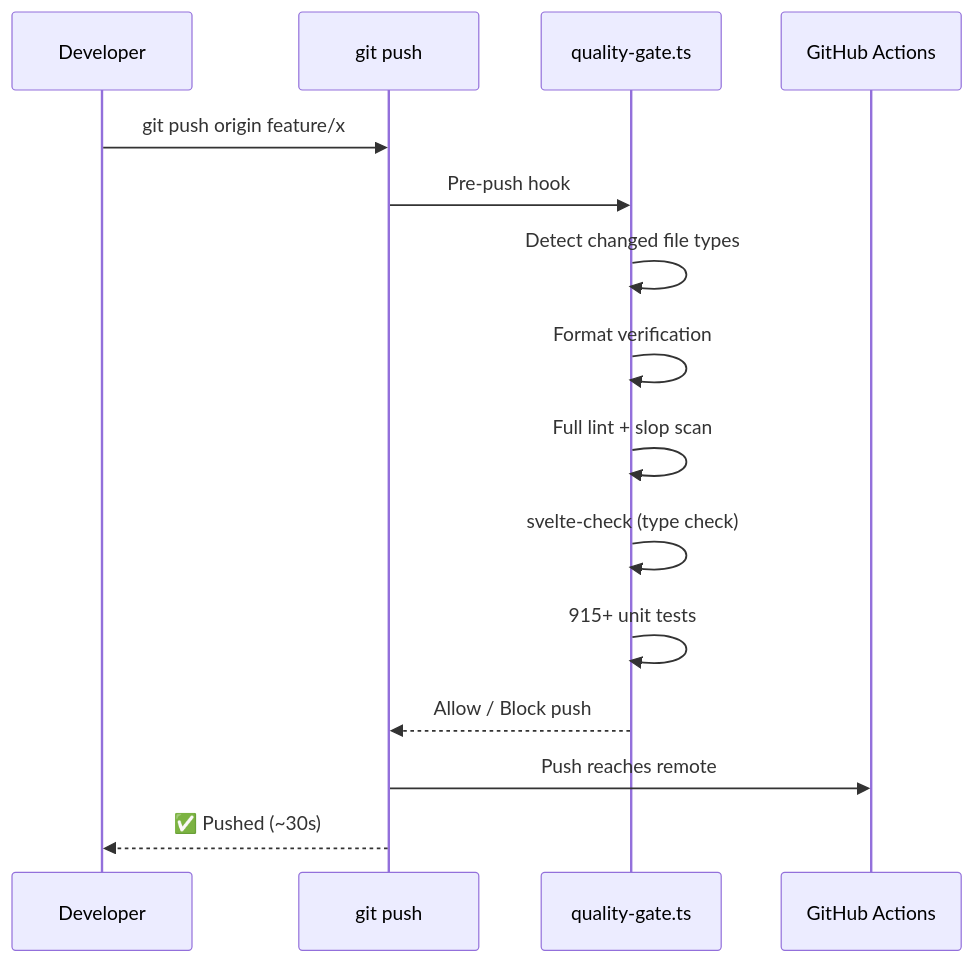
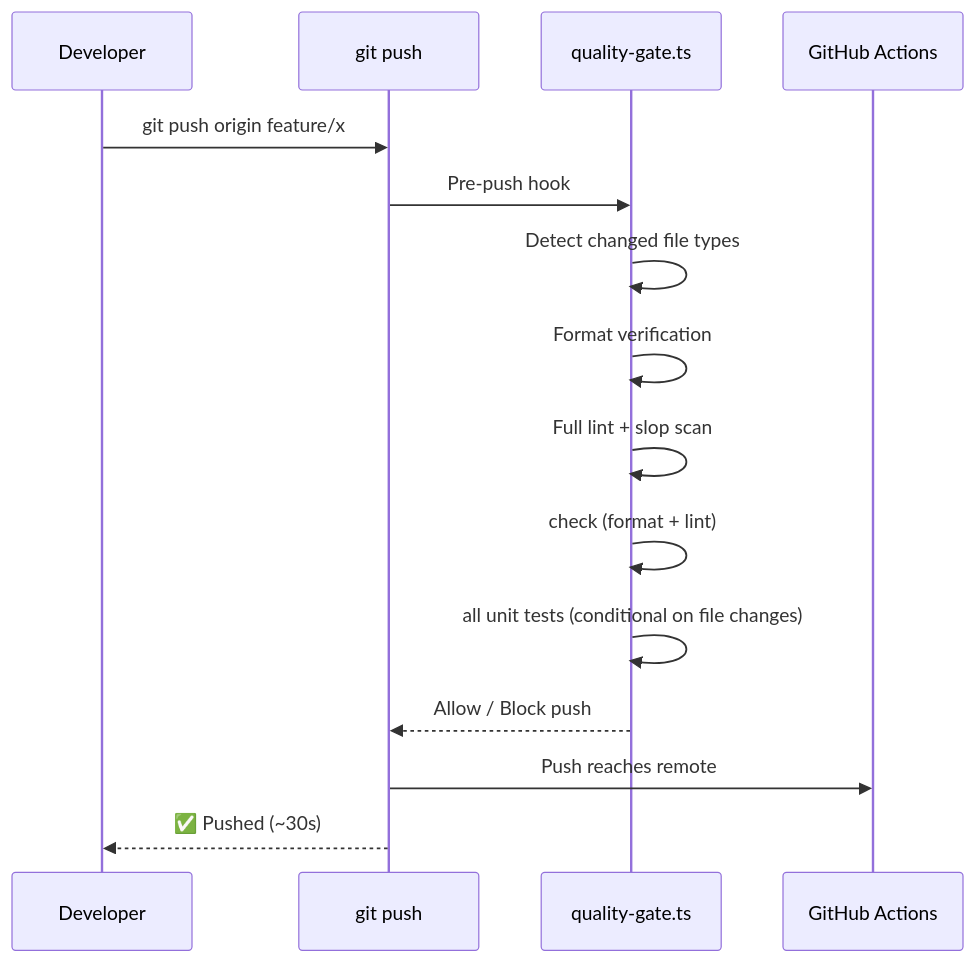
Before and after one commit to SveltyCMS/SveltyCMS: the third of 5 diagrams in docs/contributing/validation-pipeline.mdx, drawn with Mermaid. The commit also changed other lines of this file and 284 other files, not shown here.

First line of the commit message:
Restructure documentation and fix all lint warnings

````diff
--- a/docs/contributing/validation-pipeline.mdx
+++ b/docs/contributing/validation-pipeline.mdx
@@ -90,18 +90,18 @@
 ```mermaid
 sequenceDiagram
     participant Dev as Developer
     participant Git as git push
     participant QG as quality-gate.ts
     participant CI as GitHub Actions
 
     Dev->>Git: git push origin feature/x
     Git->>QG: Pre-push hook
     QG->>QG: Detect changed file types
     QG->>QG: Format verification
     QG->>QG: Full lint + slop scan
-    QG->>QG: svelte-check (type check)
-    QG->>QG: 915+ unit tests
+    QG->>QG: check (format + lint)
+    QG->>QG: all unit tests (conditional on file changes)
     QG-->>Git: Allow / Block push
     Git->>CI: Push reaches remote
     Git-->>Dev: ✅ Pushed (~30s)
 ```
````
